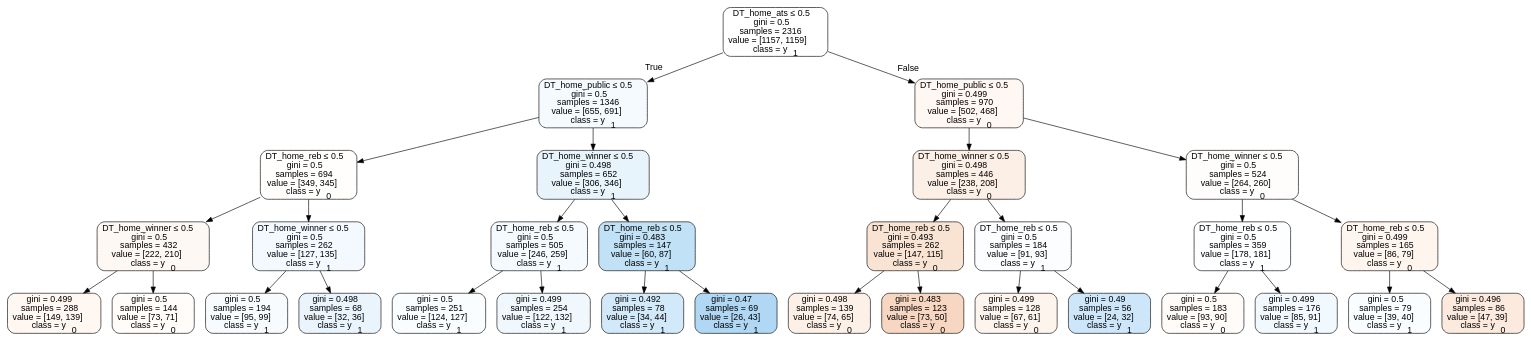
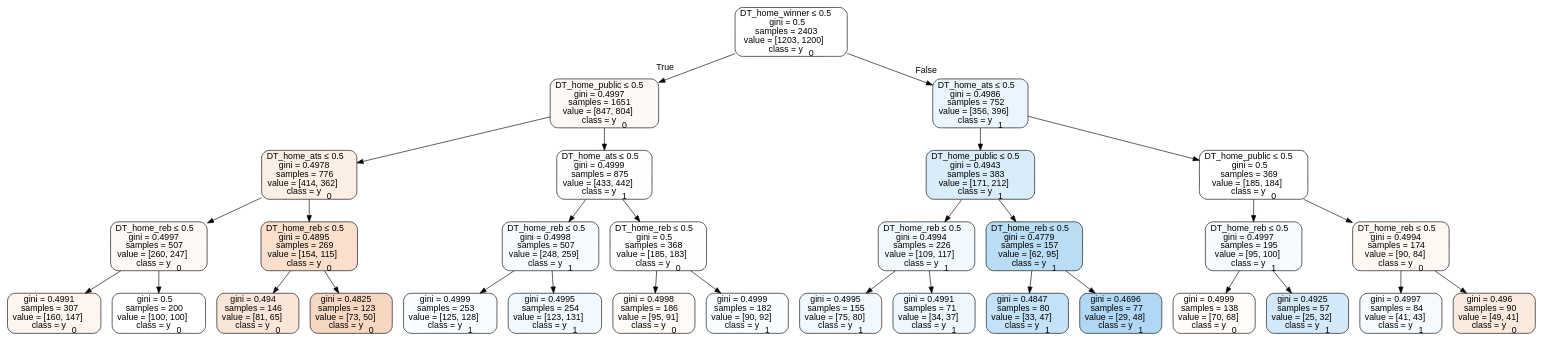
Before and after one commit to usbogie/ncaa-bets: the diagram in Basketball/data/trees/tree2014neutral.dot, drawn with Graphviz. The commit also changed 41 other files, not shown here.

```diff
--- a/Basketball/data/trees/tree2014neutral.dot
+++ b/Basketball/data/trees/tree2014neutral.dot
@@ -1,65 +1,65 @@
 digraph Tree {
 node [shape=box, style="filled, rounded", color="black", fontname=helvetica] ;
 edge [fontname=helvetica] ;
-0 [label=<DT_home_ats &le; 0.5<br/>gini = 0.5<br/>samples = 2316<br/>value = [1157, 1159]<br/>class = y<SUB>1</SUB>>, fillcolor="#399de500"] ;
-1 [label=<DT_home_public &le; 0.5<br/>gini = 0.5<br/>samples = 1346<br/>value = [655, 691]<br/>class = y<SUB>1</SUB>>, fillcolor="#399de50d"] ;
+0 [label=<DT_home_winner &le; 0.5<br/>gini = 0.5<br/>samples = 2403<br/>value = [1203, 1200]<br/>class = y<SUB>0</SUB>>, fillcolor="#e5813901"] ;
+1 [label=<DT_home_public &le; 0.5<br/>gini = 0.4997<br/>samples = 1651<br/>value = [847, 804]<br/>class = y<SUB>0</SUB>>, fillcolor="#e581390d"] ;
 0 -> 1 [labeldistance=2.5, labelangle=45, headlabel="True"] ;
-2 [label=<DT_home_reb &le; 0.5<br/>gini = 0.5<br/>samples = 694<br/>value = [349, 345]<br/>class = y<SUB>0</SUB>>, fillcolor="#e5813903"] ;
+2 [label=<DT_home_ats &le; 0.5<br/>gini = 0.4978<br/>samples = 776<br/>value = [414, 362]<br/>class = y<SUB>0</SUB>>, fillcolor="#e5813920"] ;
 1 -> 2 ;
-3 [label=<DT_home_winner &le; 0.5<br/>gini = 0.5<br/>samples = 432<br/>value = [222, 210]<br/>class = y<SUB>0</SUB>>, fillcolor="#e581390e"] ;
+3 [label=<DT_home_reb &le; 0.5<br/>gini = 0.4997<br/>samples = 507<br/>value = [260, 247]<br/>class = y<SUB>0</SUB>>, fillcolor="#e581390d"] ;
 2 -> 3 ;
-4 [label=<gini = 0.499<br/>samples = 288<br/>value = [149, 139]<br/>class = y<SUB>0</SUB>>, fillcolor="#e5813911"] ;
+4 [label=<gini = 0.4991<br/>samples = 307<br/>value = [160, 147]<br/>class = y<SUB>0</SUB>>, fillcolor="#e5813915"] ;
 3 -> 4 ;
-5 [label=<gini = 0.5<br/>samples = 144<br/>value = [73, 71]<br/>class = y<SUB>0</SUB>>, fillcolor="#e5813907"] ;
+5 [label=<gini = 0.5<br/>samples = 200<br/>value = [100, 100]<br/>class = y<SUB>0</SUB>>, fillcolor="#e5813900"] ;
 3 -> 5 ;
-6 [label=<DT_home_winner &le; 0.5<br/>gini = 0.5<br/>samples = 262<br/>value = [127, 135]<br/>class = y<SUB>1</SUB>>, fillcolor="#399de50f"] ;
+6 [label=<DT_home_reb &le; 0.5<br/>gini = 0.4895<br/>samples = 269<br/>value = [154, 115]<br/>class = y<SUB>0</SUB>>, fillcolor="#e5813941"] ;
 2 -> 6 ;
-7 [label=<gini = 0.5<br/>samples = 194<br/>value = [95, 99]<br/>class = y<SUB>1</SUB>>, fillcolor="#399de50a"] ;
+7 [label=<gini = 0.494<br/>samples = 146<br/>value = [81, 65]<br/>class = y<SUB>0</SUB>>, fillcolor="#e5813932"] ;
 6 -> 7 ;
-8 [label=<gini = 0.498<br/>samples = 68<br/>value = [32, 36]<br/>class = y<SUB>1</SUB>>, fillcolor="#399de51c"] ;
+8 [label=<gini = 0.4825<br/>samples = 123<br/>value = [73, 50]<br/>class = y<SUB>0</SUB>>, fillcolor="#e5813950"] ;
 6 -> 8 ;
-9 [label=<DT_home_winner &le; 0.5<br/>gini = 0.498<br/>samples = 652<br/>value = [306, 346]<br/>class = y<SUB>1</SUB>>, fillcolor="#399de51d"] ;
+9 [label=<DT_home_ats &le; 0.5<br/>gini = 0.4999<br/>samples = 875<br/>value = [433, 442]<br/>class = y<SUB>1</SUB>>, fillcolor="#399de505"] ;
 1 -> 9 ;
-10 [label=<DT_home_reb &le; 0.5<br/>gini = 0.5<br/>samples = 505<br/>value = [246, 259]<br/>class = y<SUB>1</SUB>>, fillcolor="#399de50d"] ;
+10 [label=<DT_home_reb &le; 0.5<br/>gini = 0.4998<br/>samples = 507<br/>value = [248, 259]<br/>class = y<SUB>1</SUB>>, fillcolor="#399de50b"] ;
 9 -> 10 ;
-11 [label=<gini = 0.5<br/>samples = 251<br/>value = [124, 127]<br/>class = y<SUB>1</SUB>>, fillcolor="#399de506"] ;
+11 [label=<gini = 0.4999<br/>samples = 253<br/>value = [125, 128]<br/>class = y<SUB>1</SUB>>, fillcolor="#399de506"] ;
 10 -> 11 ;
-12 [label=<gini = 0.499<br/>samples = 254<br/>value = [122, 132]<br/>class = y<SUB>1</SUB>>, fillcolor="#399de513"] ;
+12 [label=<gini = 0.4995<br/>samples = 254<br/>value = [123, 131]<br/>class = y<SUB>1</SUB>>, fillcolor="#399de510"] ;
 10 -> 12 ;
-13 [label=<DT_home_reb &le; 0.5<br/>gini = 0.483<br/>samples = 147<br/>value = [60, 87]<br/>class = y<SUB>1</SUB>>, fillcolor="#399de54f"] ;
+13 [label=<DT_home_reb &le; 0.5<br/>gini = 0.5<br/>samples = 368<br/>value = [185, 183]<br/>class = y<SUB>0</SUB>>, fillcolor="#e5813903"] ;
 9 -> 13 ;
-14 [label=<gini = 0.492<br/>samples = 78<br/>value = [34, 44]<br/>class = y<SUB>1</SUB>>, fillcolor="#399de53a"] ;
+14 [label=<gini = 0.4998<br/>samples = 186<br/>value = [95, 91]<br/>class = y<SUB>0</SUB>>, fillcolor="#e581390b"] ;
 13 -> 14 ;
-15 [label=<gini = 0.47<br/>samples = 69<br/>value = [26, 43]<br/>class = y<SUB>1</SUB>>, fillcolor="#399de565"] ;
+15 [label=<gini = 0.4999<br/>samples = 182<br/>value = [90, 92]<br/>class = y<SUB>1</SUB>>, fillcolor="#399de506"] ;
 13 -> 15 ;
-16 [label=<DT_home_public &le; 0.5<br/>gini = 0.499<br/>samples = 970<br/>value = [502, 468]<br/>class = y<SUB>0</SUB>>, fillcolor="#e5813911"] ;
+16 [label=<DT_home_ats &le; 0.5<br/>gini = 0.4986<br/>samples = 752<br/>value = [356, 396]<br/>class = y<SUB>1</SUB>>, fillcolor="#399de51a"] ;
 0 -> 16 [labeldistance=2.5, labelangle=-45, headlabel="False"] ;
-17 [label=<DT_home_winner &le; 0.5<br/>gini = 0.498<br/>samples = 446<br/>value = [238, 208]<br/>class = y<SUB>0</SUB>>, fillcolor="#e5813920"] ;
+17 [label=<DT_home_public &le; 0.5<br/>gini = 0.4943<br/>samples = 383<br/>value = [171, 212]<br/>class = y<SUB>1</SUB>>, fillcolor="#399de531"] ;
 16 -> 17 ;
-18 [label=<DT_home_reb &le; 0.5<br/>gini = 0.493<br/>samples = 262<br/>value = [147, 115]<br/>class = y<SUB>0</SUB>>, fillcolor="#e5813938"] ;
+18 [label=<DT_home_reb &le; 0.5<br/>gini = 0.4994<br/>samples = 226<br/>value = [109, 117]<br/>class = y<SUB>1</SUB>>, fillcolor="#399de511"] ;
 17 -> 18 ;
-19 [label=<gini = 0.498<br/>samples = 139<br/>value = [74, 65]<br/>class = y<SUB>0</SUB>>, fillcolor="#e581391f"] ;
+19 [label=<gini = 0.4995<br/>samples = 155<br/>value = [75, 80]<br/>class = y<SUB>1</SUB>>, fillcolor="#399de510"] ;
 18 -> 19 ;
-20 [label=<gini = 0.483<br/>samples = 123<br/>value = [73, 50]<br/>class = y<SUB>0</SUB>>, fillcolor="#e5813950"] ;
+20 [label=<gini = 0.4991<br/>samples = 71<br/>value = [34, 37]<br/>class = y<SUB>1</SUB>>, fillcolor="#399de515"] ;
 18 -> 20 ;
-21 [label=<DT_home_reb &le; 0.5<br/>gini = 0.5<br/>samples = 184<br/>value = [91, 93]<br/>class = y<SUB>1</SUB>>, fillcolor="#399de505"] ;
+21 [label=<DT_home_reb &le; 0.5<br/>gini = 0.4779<br/>samples = 157<br/>value = [62, 95]<br/>class = y<SUB>1</SUB>>, fillcolor="#399de559"] ;
 17 -> 21 ;
-22 [label=<gini = 0.499<br/>samples = 128<br/>value = [67, 61]<br/>class = y<SUB>0</SUB>>, fillcolor="#e5813917"] ;
+22 [label=<gini = 0.4847<br/>samples = 80<br/>value = [33, 47]<br/>class = y<SUB>1</SUB>>, fillcolor="#399de54c"] ;
 21 -> 22 ;
-23 [label=<gini = 0.49<br/>samples = 56<br/>value = [24, 32]<br/>class = y<SUB>1</SUB>>, fillcolor="#399de540"] ;
+23 [label=<gini = 0.4696<br/>samples = 77<br/>value = [29, 48]<br/>class = y<SUB>1</SUB>>, fillcolor="#399de565"] ;
 21 -> 23 ;
-24 [label=<DT_home_winner &le; 0.5<br/>gini = 0.5<br/>samples = 524<br/>value = [264, 260]<br/>class = y<SUB>0</SUB>>, fillcolor="#e5813904"] ;
+24 [label=<DT_home_public &le; 0.5<br/>gini = 0.5<br/>samples = 369<br/>value = [185, 184]<br/>class = y<SUB>0</SUB>>, fillcolor="#e5813901"] ;
 16 -> 24 ;
-25 [label=<DT_home_reb &le; 0.5<br/>gini = 0.5<br/>samples = 359<br/>value = [178, 181]<br/>class = y<SUB>1</SUB>>, fillcolor="#399de504"] ;
+25 [label=<DT_home_reb &le; 0.5<br/>gini = 0.4997<br/>samples = 195<br/>value = [95, 100]<br/>class = y<SUB>1</SUB>>, fillcolor="#399de50d"] ;
 24 -> 25 ;
-26 [label=<gini = 0.5<br/>samples = 183<br/>value = [93, 90]<br/>class = y<SUB>0</SUB>>, fillcolor="#e5813908"] ;
+26 [label=<gini = 0.4999<br/>samples = 138<br/>value = [70, 68]<br/>class = y<SUB>0</SUB>>, fillcolor="#e5813907"] ;
 25 -> 26 ;
-27 [label=<gini = 0.499<br/>samples = 176<br/>value = [85, 91]<br/>class = y<SUB>1</SUB>>, fillcolor="#399de511"] ;
+27 [label=<gini = 0.4925<br/>samples = 57<br/>value = [25, 32]<br/>class = y<SUB>1</SUB>>, fillcolor="#399de538"] ;
 25 -> 27 ;
-28 [label=<DT_home_reb &le; 0.5<br/>gini = 0.499<br/>samples = 165<br/>value = [86, 79]<br/>class = y<SUB>0</SUB>>, fillcolor="#e5813915"] ;
+28 [label=<DT_home_reb &le; 0.5<br/>gini = 0.4994<br/>samples = 174<br/>value = [90, 84]<br/>class = y<SUB>0</SUB>>, fillcolor="#e5813911"] ;
 24 -> 28 ;
-29 [label=<gini = 0.5<br/>samples = 79<br/>value = [39, 40]<br/>class = y<SUB>1</SUB>>, fillcolor="#399de506"] ;
+29 [label=<gini = 0.4997<br/>samples = 84<br/>value = [41, 43]<br/>class = y<SUB>1</SUB>>, fillcolor="#399de50c"] ;
 28 -> 29 ;
-30 [label=<gini = 0.496<br/>samples = 86<br/>value = [47, 39]<br/>class = y<SUB>0</SUB>>, fillcolor="#e581392b"] ;
+30 [label=<gini = 0.496<br/>samples = 90<br/>value = [49, 41]<br/>class = y<SUB>0</SUB>>, fillcolor="#e581392a"] ;
 28 -> 30 ;
 }
```
